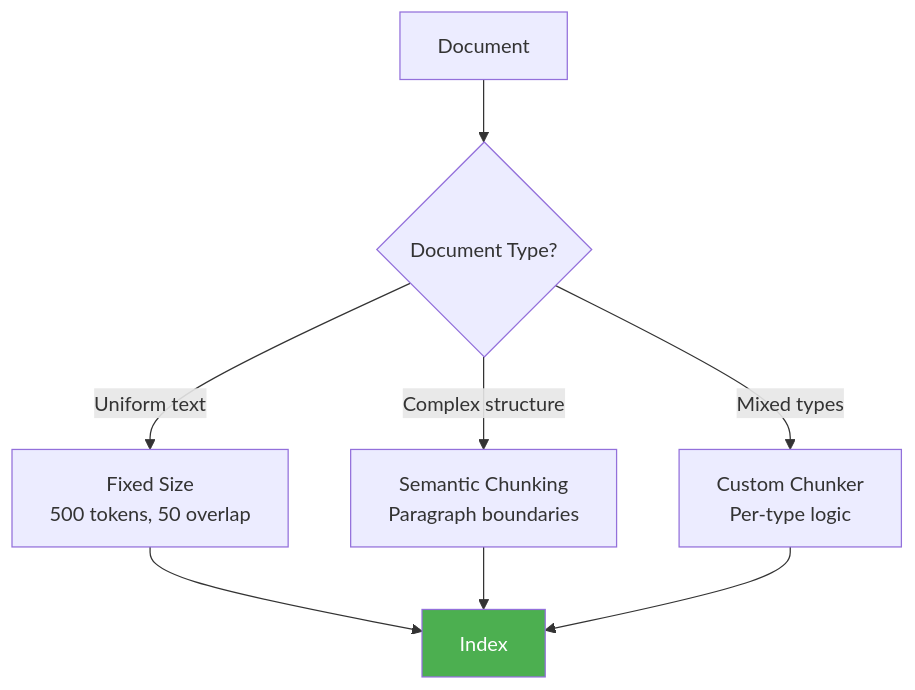
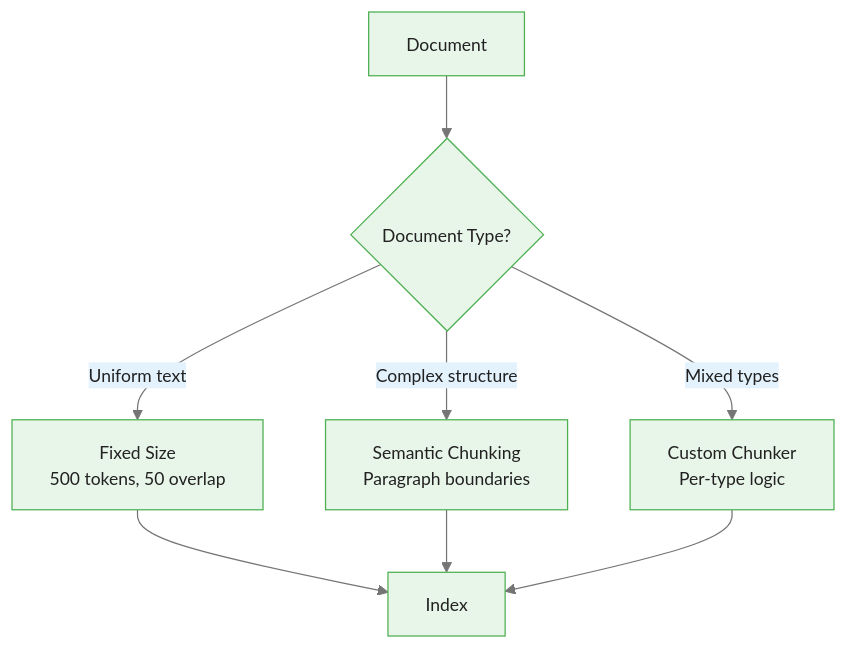
The second of 5 diagrams in courses/dataiku-genai/modules/module_02_rag/guides/01_knowledge_banks_slides.md (m-deane/course-creator), drawn with Mermaid before and after one commit. The commit also changed other lines of this file and 54 other files, not shown here.

````diff
--- a/courses/dataiku-genai/modules/module_02_rag/guides/01_knowledge_banks_slides.md
+++ b/courses/dataiku-genai/modules/module_02_rag/guides/01_knowledge_banks_slides.md
@@ -115,13 +115,12 @@
 ```mermaid
+%%{init: {"theme": "base", "themeVariables": {"primaryColor": "#e8f5e9", "primaryBorderColor": "#4caf50", "primaryTextColor": "#212121", "secondaryColor": "#e3f2fd", "tertiaryColor": "#fff8e1", "lineColor": "#757575", "fontFamily": "Inter, sans-serif", "fontSize": "14px"}}}%%
 flowchart TD
     DOC[Document] --> TYPE{Document Type?}
     TYPE -->|Uniform text| FIXED[Fixed Size<br/>500 tokens, 50 overlap]
     TYPE -->|Complex structure| SEM[Semantic Chunking<br/>Paragraph boundaries]
     TYPE -->|Mixed types| CUSTOM[Custom Chunker<br/>Per-type logic]
 
     FIXED --> IDX[Index]
     SEM --> IDX
     CUSTOM --> IDX
-
-    style IDX fill:#4CAF50,color:#fff
 ```
````
